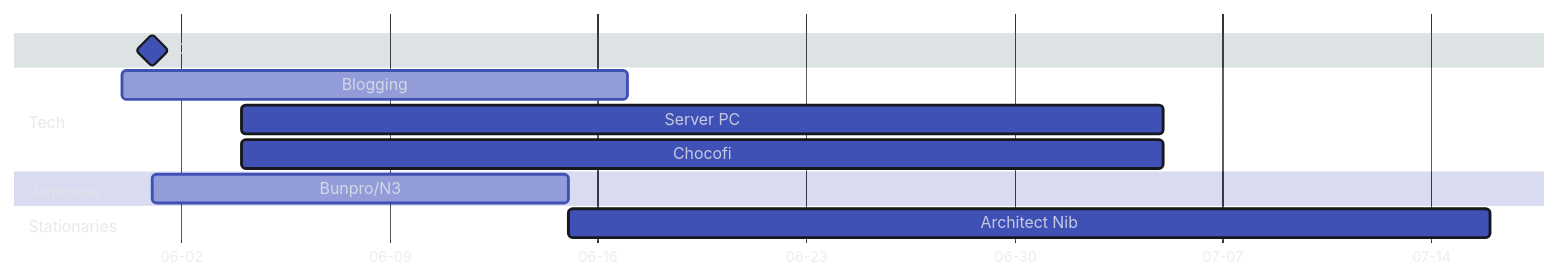
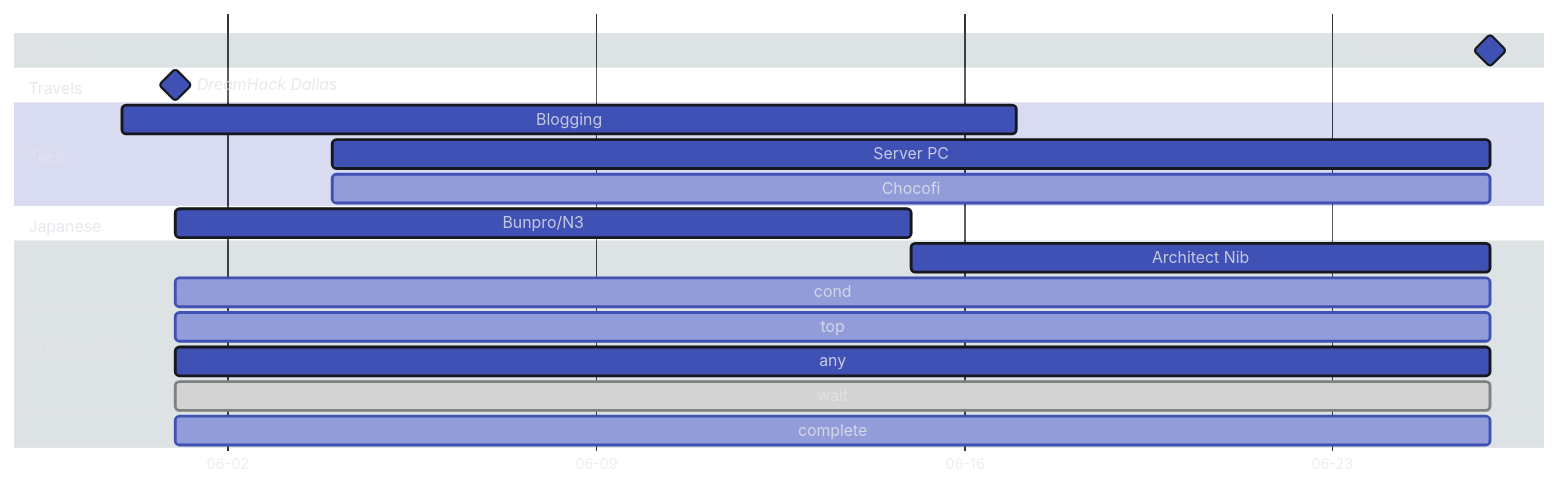
The first of 2 diagrams in docs/index.md (Serralq/Project-Norn), drawn with Mermaid before and after one commit. The commit also changed other lines of this file, not shown here.

Commit message:
Add legend to gantt chart

````diff
--- a/docs/index.md
+++ b/docs/index.md
@@ -47,34 +47,44 @@
     ``` mermaid
     %%{
       init: {
         'theme': 'base',
         'themeVariables': {
             'darkMode': 'true',
             'fontFamily': 'hermit',
             'primaryColor': '#4051b5',
             'primaryBorderColor': '#16181D',
             'tertiaryColor': '#546d78',
             'tertiaryTextColor': '#E2E4E9D1',
-            'textColor': '#E2E4E9D1'
+            'textColor': '#E2E4E9D1',
+            'noteTextColor': '#E2E4E9D1'
         }
       }
     }%%
     gantt
         dateFormat YY-MM-DD
         axisFormat %m-%d
         tickInterval 1week
         todayMarker stroke-width:3px,stroke:#E2E4E9,opacity:0.5
+        
+        section Meta
+            ReAssessment              :milestone,  m1, 24-06-26, 0d
+
         section Travels
             DreamHack Dallas          :milestone,  v1, 24-06-01, 0d
     
         section Tech
-            Blogging                  :active,     t1, 24-05-31, 24-06-17
-            Server PC                 :            t2, 24-06-04, 31d
-            Chocofi                   :            t3, 24-06-04, 31d
+            Blogging                  :            t1, 24-05-31, 24-06-17
+            Server PC                 :            t2, 24-06-04, until m1
+            Chocofi                   :active,     t3, 24-06-04, until m1
     
         section Japanese
-            Bunpro/N3                  :active,     j1, 24-06-01, 24-06-15
+            Bunpro/N3                 :            j1, 24-06-01, 24-06-15
         
         section Stationaries
-            Architect Nib             :            s1, 24-06-15, 31d
+            Architect Nib             :            s1, 24-06-15, until m1
+            cond                      :active,     24-06-01, until m1
+            top                       :active,     24-06-01, until m1
+            any                       :            24-06-01, until m1
+            wait                      :done,       24-06-01, until m1
+            complete                  :active,     24-06-01, until m1
     ```
````
